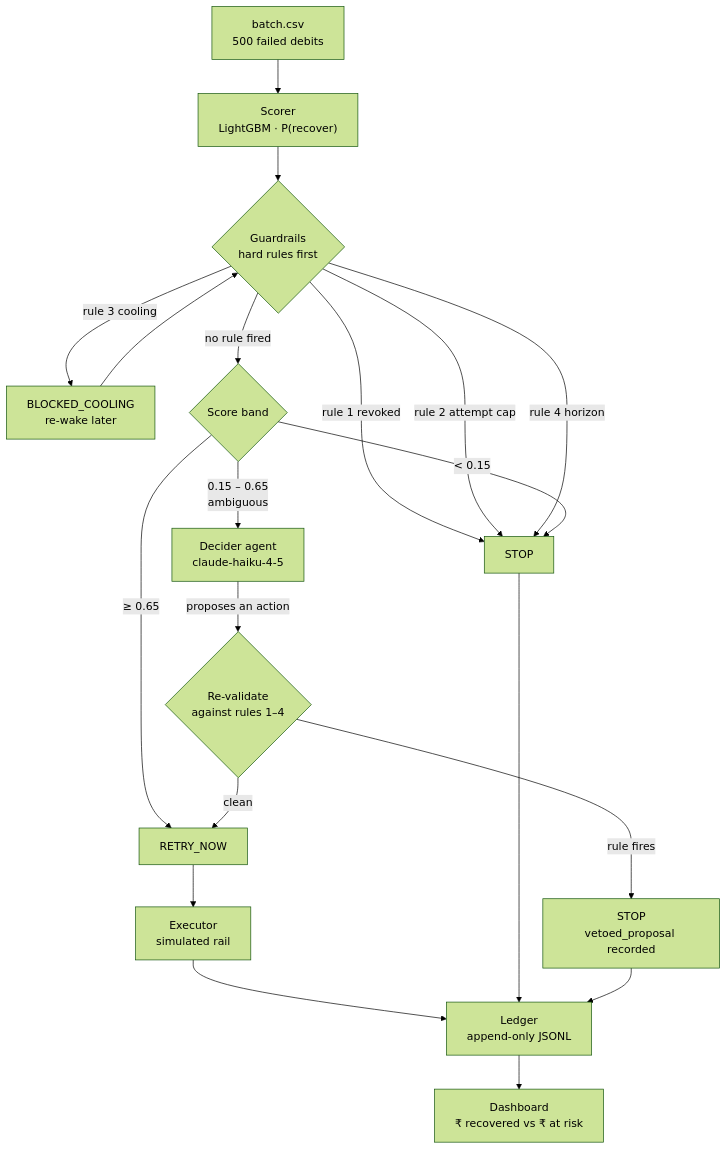
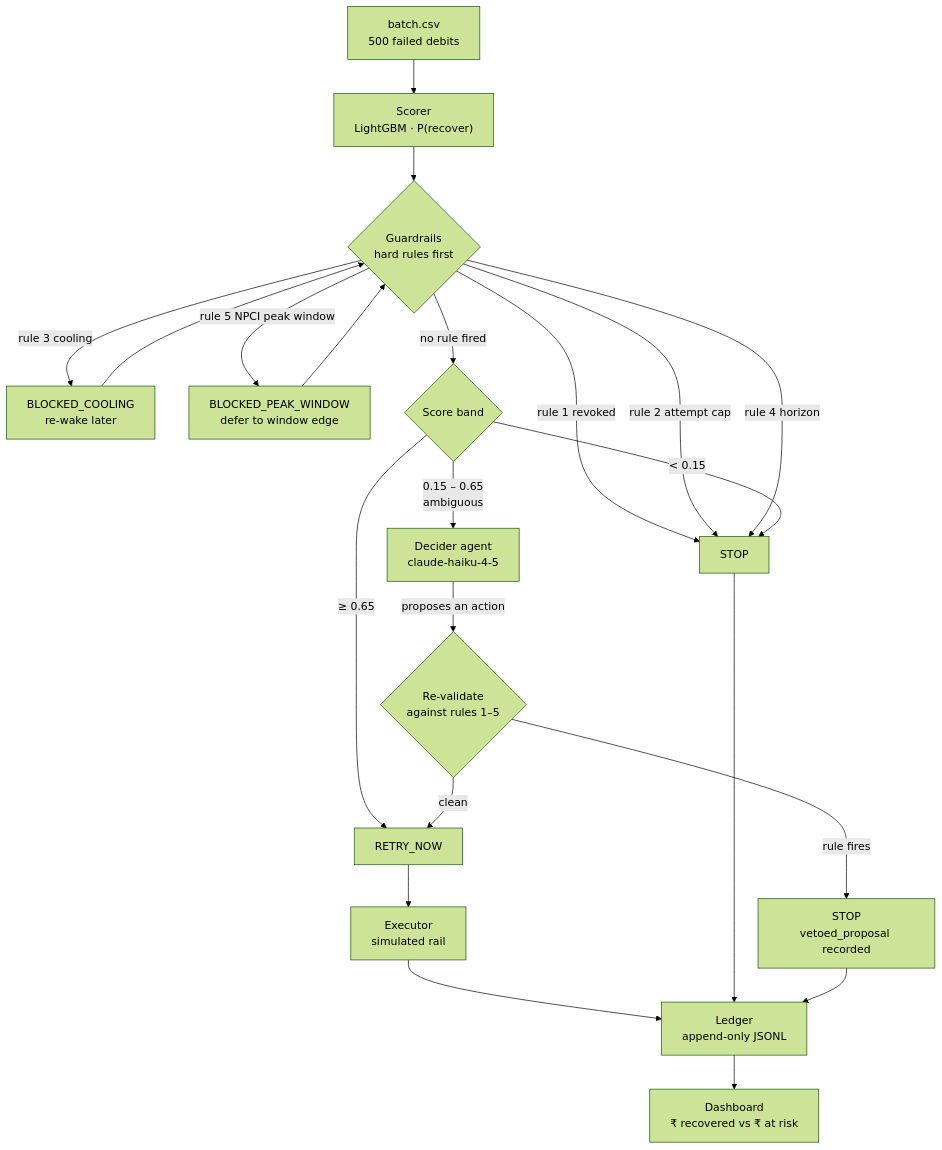
Before and after one commit to Maaadhavq/mandate-retry-sequencer: the diagram in ARCHITECTURE.md, drawn with Mermaid (forest theme). The commit also changed other lines of this file and 2 other files, not shown here.

First line of the commit message:
Docs: reframe around governance, and put rule 5 in the pitch

````diff
--- a/ARCHITECTURE.md
+++ b/ARCHITECTURE.md
@@ -31,26 +31,28 @@
 ```mermaid
 flowchart TD
     A["batch.csv<br/>500 failed debits"] --> B["Scorer<br/>LightGBM · P(recover)"]
     B --> C{"Guardrails<br/>hard rules first"}
 
     C -->|"rule 1 revoked"| S["STOP"]
     C -->|"rule 2 attempt cap"| S
     C -->|"rule 3 cooling"| W["BLOCKED_COOLING<br/>re-wake later"]
     C -->|"rule 4 horizon"| S
+    C -->|"rule 5 NPCI peak window"| P["BLOCKED_PEAK_WINDOW<br/>defer to window edge"]
 
     C -->|"no rule fired"| D{"Score band"}
     D -->|"≥ 0.65"| E["RETRY_NOW"]
     D -->|"< 0.15"| S
     D -->|"0.15 – 0.65<br/>ambiguous"| F["Decider agent<br/>claude-haiku-4-5"]
 
-    F -->|"proposes an action"| G{"Re-validate<br/>against rules 1–4"}
+    F -->|"proposes an action"| G{"Re-validate<br/>against rules 1–5"}
     G -->|"rule fires"| V["STOP<br/>vetoed_proposal recorded"]
     G -->|"clean"| E
 
     E --> H["Executor<br/>simulated rail"]
     W --> C
+    P --> C
     H --> I["Ledger<br/>append-only JSONL"]
     S --> I
     V --> I
     I --> J["Dashboard<br/>₹ recovered vs ₹ at risk"]
 ```
````
